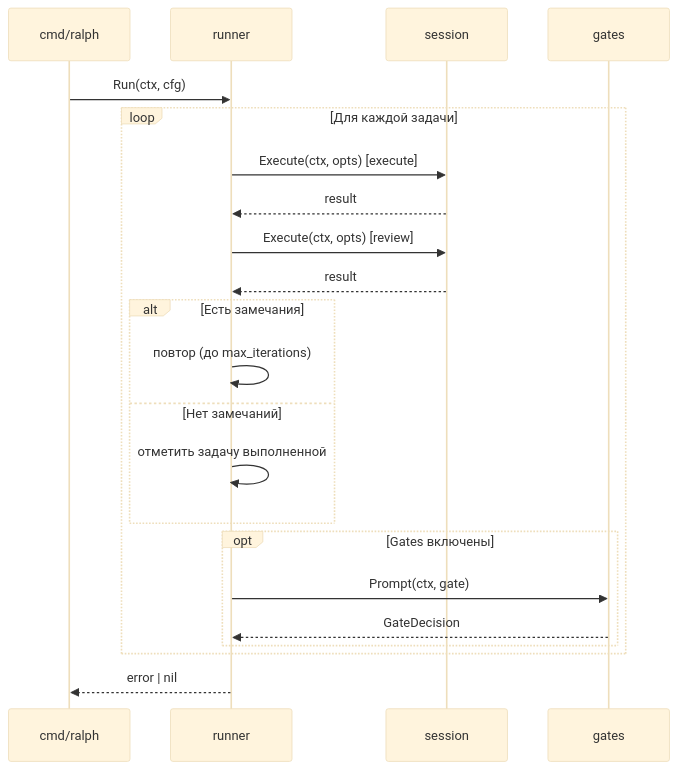
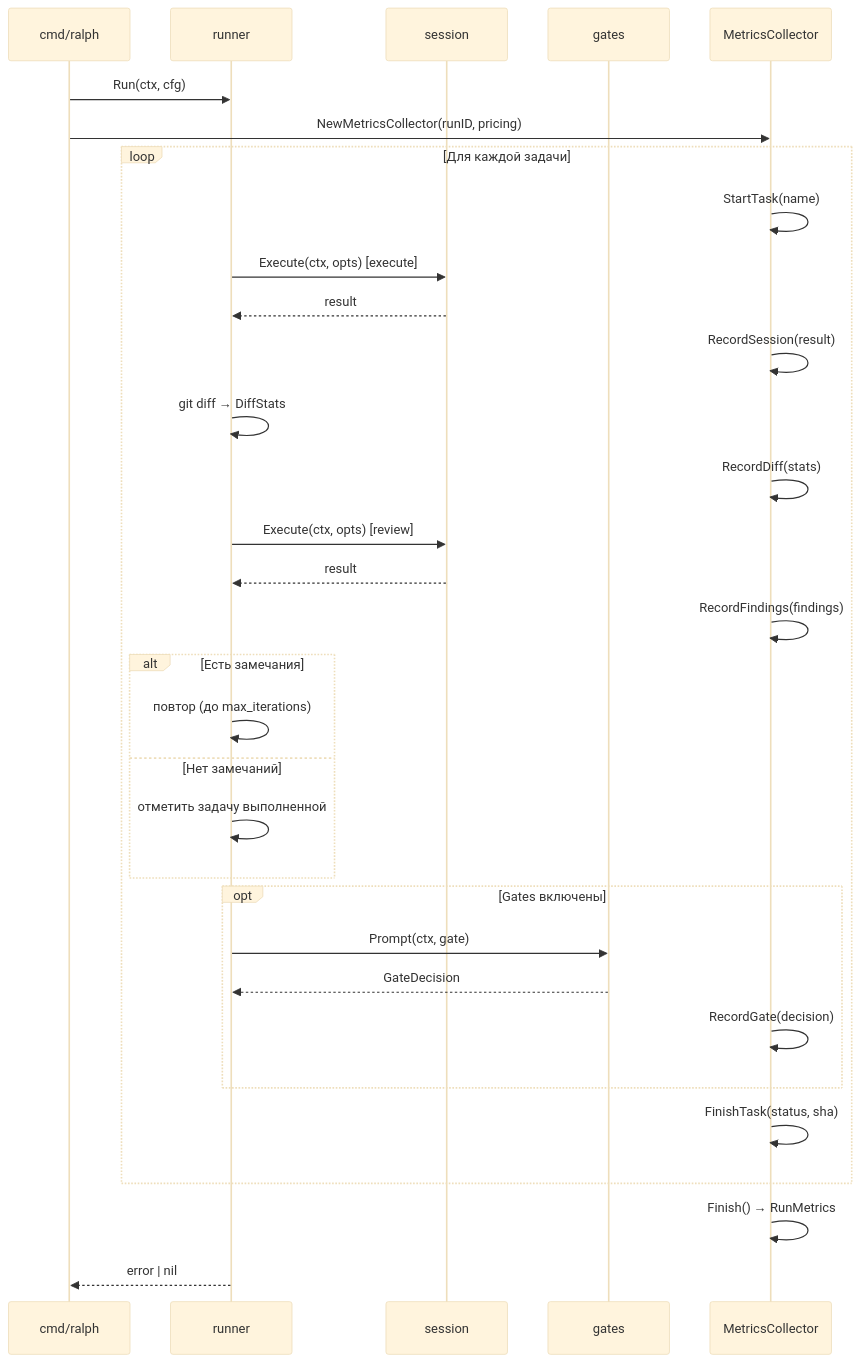
The second of 2 diagrams in docs/developer-guide.md (stavatar/bmad-ralph), drawn with Mermaid (base theme) before and after one commit. The commit also changed other lines of this file and 14 other files, not shown here.

````diff
--- a/docs/developer-guide.md
+++ b/docs/developer-guide.md
@@ -142,25 +206,35 @@
 ```mermaid
 sequenceDiagram
     participant CLI as cmd/ralph
     participant Runner as runner
     participant Session as session
     participant Gates as gates
+    participant MC as MetricsCollector
 
     CLI->>Runner: Run(ctx, cfg)
+    CLI->>MC: NewMetricsCollector(runID, pricing)
     loop Для каждой задачи
+        MC->>MC: StartTask(name)
         Runner->>Session: Execute(ctx, opts) [execute]
         Session-->>Runner: result
+        MC->>MC: RecordSession(result)
+        Runner->>Runner: git diff → DiffStats
+        MC->>MC: RecordDiff(stats)
         Runner->>Session: Execute(ctx, opts) [review]
         Session-->>Runner: result
+        MC->>MC: RecordFindings(findings)
         alt Есть замечания
             Runner->>Runner: повтор (до max_iterations)
         else Нет замечаний
             Runner->>Runner: отметить задачу выполненной
         end
         opt Gates включены
             Runner->>Gates: Prompt(ctx, gate)
             Gates-->>Runner: GateDecision
+            MC->>MC: RecordGate(decision)
         end
+        MC->>MC: FinishTask(status, sha)
     end
+    MC->>MC: Finish() → RunMetrics
     Runner-->>CLI: error | nil
 ```
````
